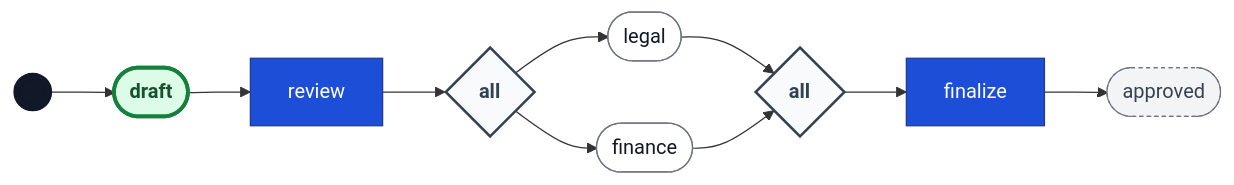
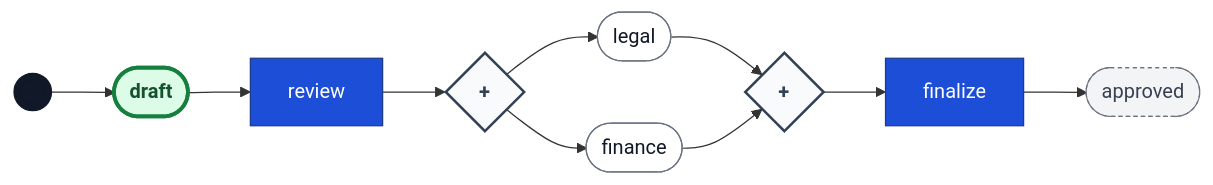
The diagram in README.md (ehabterra/workflow), drawn with Mermaid before and after one commit. The commit also changed other lines of this file and 6 other files, not shown here.

First line of the commit message:
polish(diagrams): BPMN gateway symbols + and × in the diamonds

````diff
--- a/README.md
+++ b/README.md
@@ -802,39 +803,39 @@
 ```mermaid
 flowchart LR
     START((( )))
     class START startMarker
     START --> p_draft
     p_draft(["draft"])
     p_legal(["legal"])
     p_finance(["finance"])
     p_approved(["approved"])
     class p_draft current
     class p_legal place
     class p_finance place
     class p_approved terminal
     t_review["review"]
     class t_review action
     p_draft --> t_review
-    f_review{"all"}
+    f_review{"+"}
     class f_review gateway
     t_review --> f_review
     f_review --> p_legal
     f_review --> p_finance
     t_finalize["finalize"]
     class t_finalize action
-    j_finalize{"all"}
+    j_finalize{"+"}
     class j_finalize gateway
     p_legal --> j_finalize
     p_finance --> j_finalize
     j_finalize --> t_finalize
     t_finalize --> p_approved
     classDef place fill:#FFFFFF,stroke:#6B7280,stroke-width:1px,color:#111827
     classDef current fill:#DCFCE7,stroke:#15803D,stroke-width:3px,color:#14532D,font-weight:bold
     classDef terminal fill:#F3F4F6,stroke:#6B7280,stroke-dasharray:3 3,color:#374151
     classDef action fill:#1D4ED8,stroke:#1E3A8A,color:#FFFFFF
     classDef person fill:#15803D,stroke:#14532D,color:#FFFFFF
     classDef auto fill:#E0F2FE,stroke:#0369A1,color:#0C4A6E
     classDef timer fill:#FEF3C7,stroke:#B45309,color:#92400E
     classDef startMarker fill:#111827,stroke:#111827,color:#111827
     classDef gateway fill:#F8FAFC,stroke:#334155,stroke-width:2px,color:#334155,font-weight:bold
 ```
````
